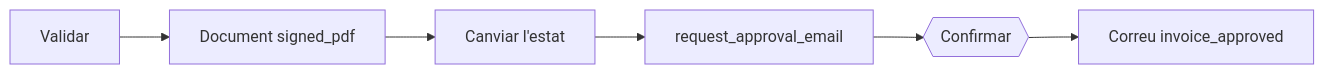
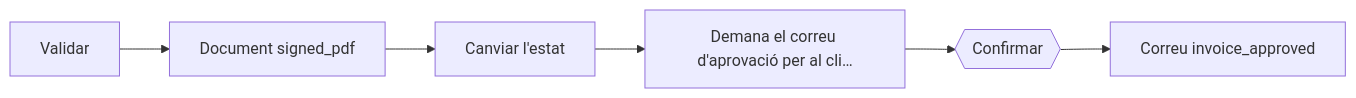
One commit to EloiSans/python-resource-engine changed the sixth of 6 diagrams in examples/invoices/docs/resources/invoices.md. Above: the diagram before and after it, drawn with Mermaid. The commit also changed other lines of this file and 41 other files, not shown here.

````diff
--- a/examples/invoices/docs/resources/invoices.md
+++ b/examples/invoices/docs/resources/invoices.md
@@ -278,14 +256,14 @@
 ```mermaid
 flowchart LR
     s0["Validar"]
     s1["Document signed_pdf"]
     s0 --> s1
     s2["Canviar l'estat"]
     s1 --> s2
-    s3["request_approval_email"]
+    s3["Demana el correu d'aprovació per al cli…"]
     s2 --> s3
     s4{{"Confirmar"}}
     s3 --> s4
     s5["Correu invoice_approved"]
     s4 --> s5
 ```
````
